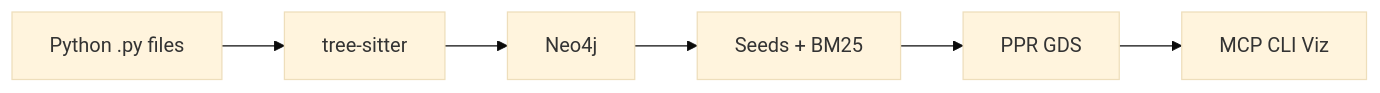
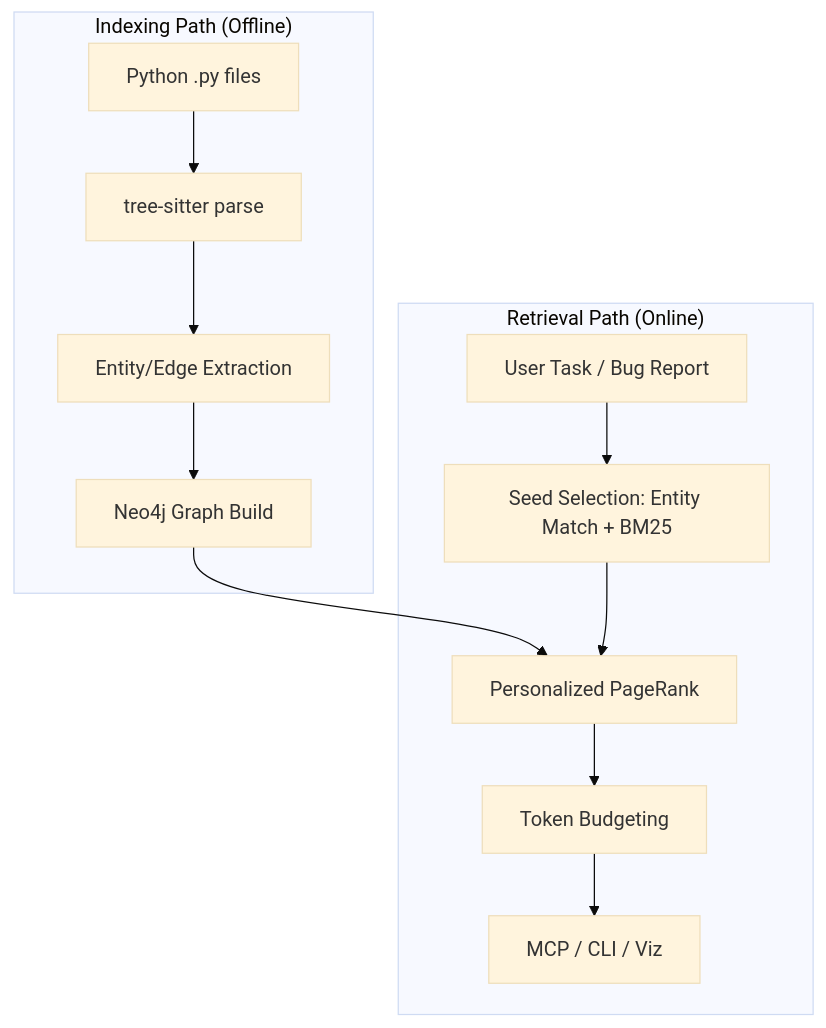
Before and after one commit to alextm0/codegraph: the diagram in docs/concepts/architecture.md, drawn with Mermaid (base theme). The commit also changed other lines of this file and 10 other files, not shown here.

First line of the commit message:
docs: introduce indexing and retrieval path mental model

````diff
--- a/docs/concepts/architecture.md
+++ b/docs/concepts/architecture.md
@@ -23,8 +25,16 @@
 ```mermaid
-graph LR
-    src[Python .py files] --> parse[tree-sitter]
-    parse --> neo[Neo4j]
-    neo --> seeds[Seeds + BM25]
-    seeds --> ppr[PPR GDS]
-    ppr --> deliver[MCP CLI Viz]
+graph TD
+    subgraph "Indexing Path (Offline)"
+        src[Python .py files] --> parse[tree-sitter parse]
+        parse --> extract[Entity/Edge Extraction]
+        extract --> neo[Neo4j Graph Build]
+    end
+
+    subgraph "Retrieval Path (Online)"
+        task[User Task / Bug Report] --> seeds[Seed Selection: Entity Match + BM25]
+        neo --> ppr[Personalized PageRank]
+        seeds --> ppr
+        ppr --> budget[Token Budgeting]
+        budget --> deliver[MCP / CLI / Viz]
+    end
 ```
````
